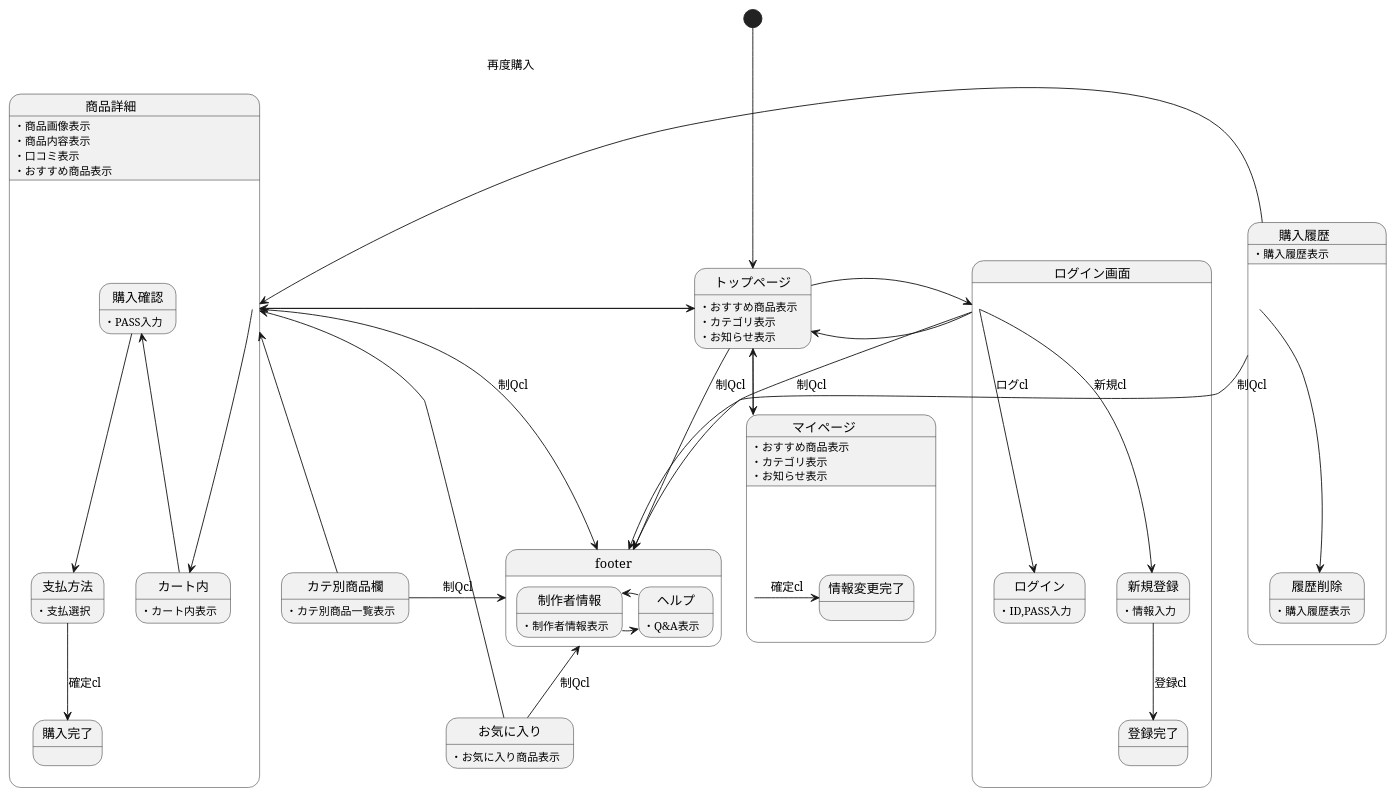
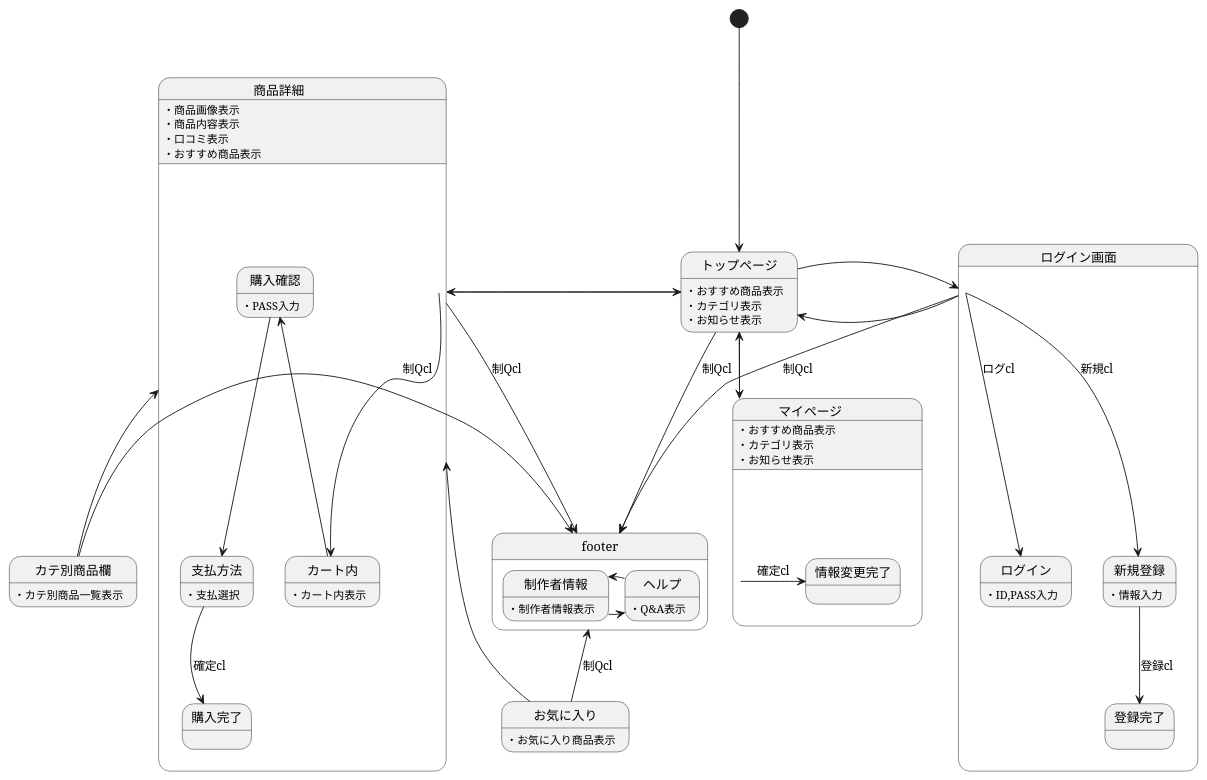
The diagram in 画面遷移/画面遷移図c.md (aso2001036/kaihatu), drawn with PlantUML before and after one commit.

````diff
--- a/画面遷移/画面遷移図c.md
+++ b/画面遷移/画面遷移図c.md
@@ -1,68 +1,60 @@
 ```uml
 @startuml
 [*]-down->トップページ
 トップページ:・おすすめ商品表示
 トップページ:・カテゴリ表示
 トップページ:・お知らせ表示
 トップページ-->マイページ
 マイページ->トップページ
 商品詳細-right->トップページ
 トップページ->商品詳細
 ログイン画面-left->トップページ
 トップページ->ログイン画面
 トップページ-down->footer :制Qcl
 
 state マイページ{
 マイページ.->情報変更完了 :確定cl
 マイページ.:・おすすめ商品表示
 マイページ.:・カテゴリ表示
 マイページ.:・お知らせ表示
 }
 
 state ログイン画面{
 ログイン画面.-down->ログイン :ログcl
 ログイン画面.-down->新規登録 :新規cl
 新規登録-down->登録完了 :登録cl
 ログイン:・ID,PASS入力
 新規登録:・情報入力
 }
 ログイン画面-down->footer :制Qcl
 
 お気に入り-up->商品詳細
 お気に入り:・お気に入り商品表示
 お気に入り-up->footer :制Qcl
 カテ別商品欄-up->商品詳細
 カテ別商品欄:・カテ別商品一覧表示
 カテ別商品欄->footer :制Qcl
 
 state 商品詳細{
 商品詳細.-down->カート内
 商品詳細.:・商品画像表示
 商品詳細.:・商品内容表示
 商品詳細.:・口コミ表示
 商品詳細.:・おすすめ商品表示
 カート内-up->購入確認
 カート内:・カート内表示
 購入確認:・PASS入力
 購入確認-down->支払方法
 支払方法:・支払選択
 支払方法-down->購入完了 :確定cl
 }
 商品詳細-down->footer :制Qcl
 
-state 購入履歴{
-購入履歴-right->footer :制Qcl
-購入履歴.:・購入履歴表示
-購入履歴.-down->履歴削除
-履歴削除:・購入履歴表示
-購入履歴->商品詳細 :再度購入
-}
-
 state footer{
 制作者情報->ヘルプ
 ヘルプ->制作者情報
 制作者情報:・制作者情報表示
 ヘルプ:・Q&A表示
 }
 @enduml
 ```
````
